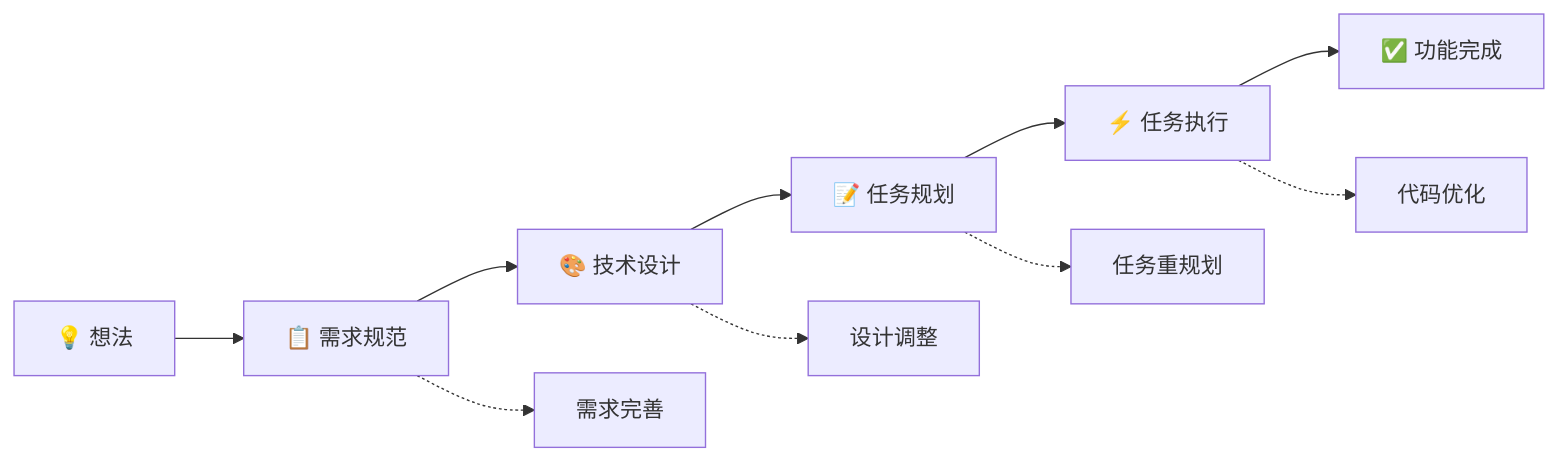
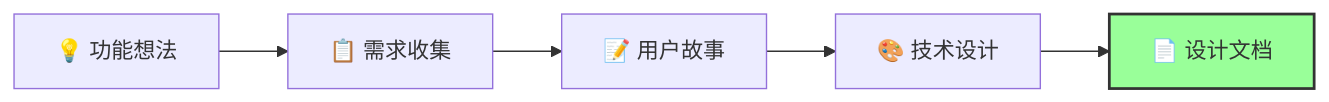
One commit to ysicing/code-pilot changed the diagram in KIRO-GUIDE.md. Above: the diagram before and after it, drawn with Mermaid. The commit also changed other lines of this file and 7 other files, not shown here.

````diff
--- a/KIRO-GUIDE.md
+++ b/KIRO-GUIDE.md
@@ -91,13 +29,9 @@
 ```mermaid
 graph LR
-    A[💡 想法] --> B[📋 需求规范]
-    B --> C[🎨 技术设计]
-    C --> D[📝 任务规划]
-    D --> E[⚡ 任务执行]
-    E --> F[✅ 功能完成]
+    A[💡 功能想法] --> B[📋 需求收集]
+    B --> C[📝 用户故事]
+    C --> D[🎨 技术设计]
+    D --> E[📄 设计文档]
     
-    B -.-> B1[需求完善]
-    C -.-> C1[设计调整]
-    D -.-> D1[任务重规划]
-    E -.-> E1[代码优化]
+    style E fill:#9f9,stroke:#333,stroke-width:2px
 ```
````
